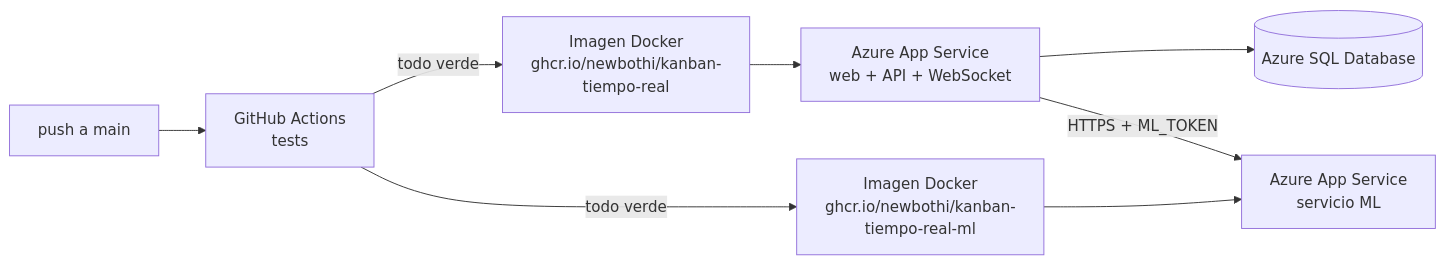
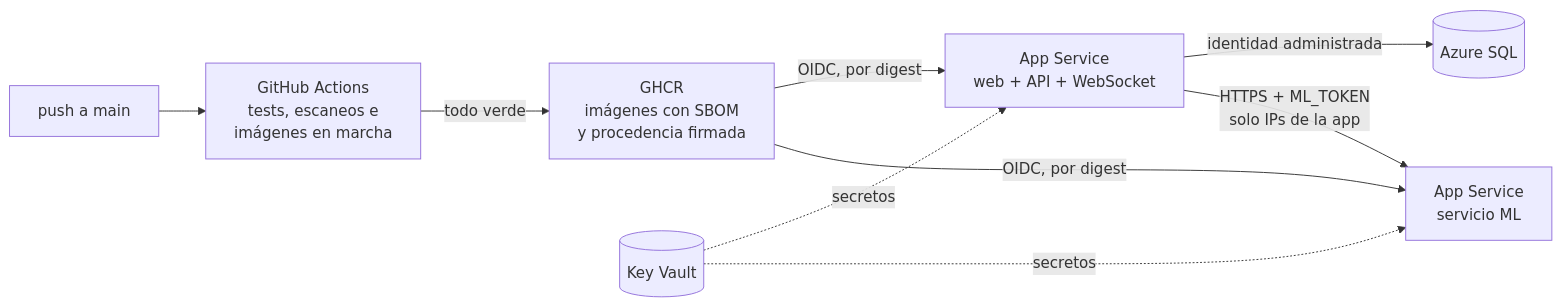
Before and after one commit to newbothi/kanban-tiempo-real: the second of 2 diagrams in README.md, drawn with Mermaid. The commit also changed other lines of this file and 5 other files, not shown here.

````diff
--- a/README.md
+++ b/README.md
@@ -257,10 +269,11 @@
 ```mermaid
 flowchart LR
-  P[push a main] --> CI[GitHub Actions<br/>tests]
-  CI -- todo verde --> IMG[Imagen Docker<br/>ghcr.io/newbothi/kanban-tiempo-real]
-  CI -- todo verde --> IMGML[Imagen Docker<br/>ghcr.io/newbothi/kanban-tiempo-real-ml]
-  IMG --> AS[Azure App Service<br/>web + API + WebSocket]
-  IMGML --> ASML[Azure App Service<br/>servicio ML]
-  AS --> SQL[(Azure SQL Database)]
-  AS -- "HTTPS + ML_TOKEN" --> ASML
+  P[push a main] --> CI[GitHub Actions<br/>tests, escaneos e<br/>imágenes en marcha]
+  CI -- todo verde --> GHCR[GHCR<br/>imágenes con SBOM<br/>y procedencia firmada]
+  GHCR -- "OIDC, por digest" --> AS[App Service<br/>web + API + WebSocket]
+  GHCR -- "OIDC, por digest" --> ASML[App Service<br/>servicio ML]
+  AS -- "identidad administrada" --> SQL[(Azure SQL)]
+  AS -- "HTTPS + ML_TOKEN<br/>solo IPs de la app" --> ASML
+  KV[(Key Vault)] -. secretos .-> AS
+  KV -. secretos .-> ASML
 ```
````
